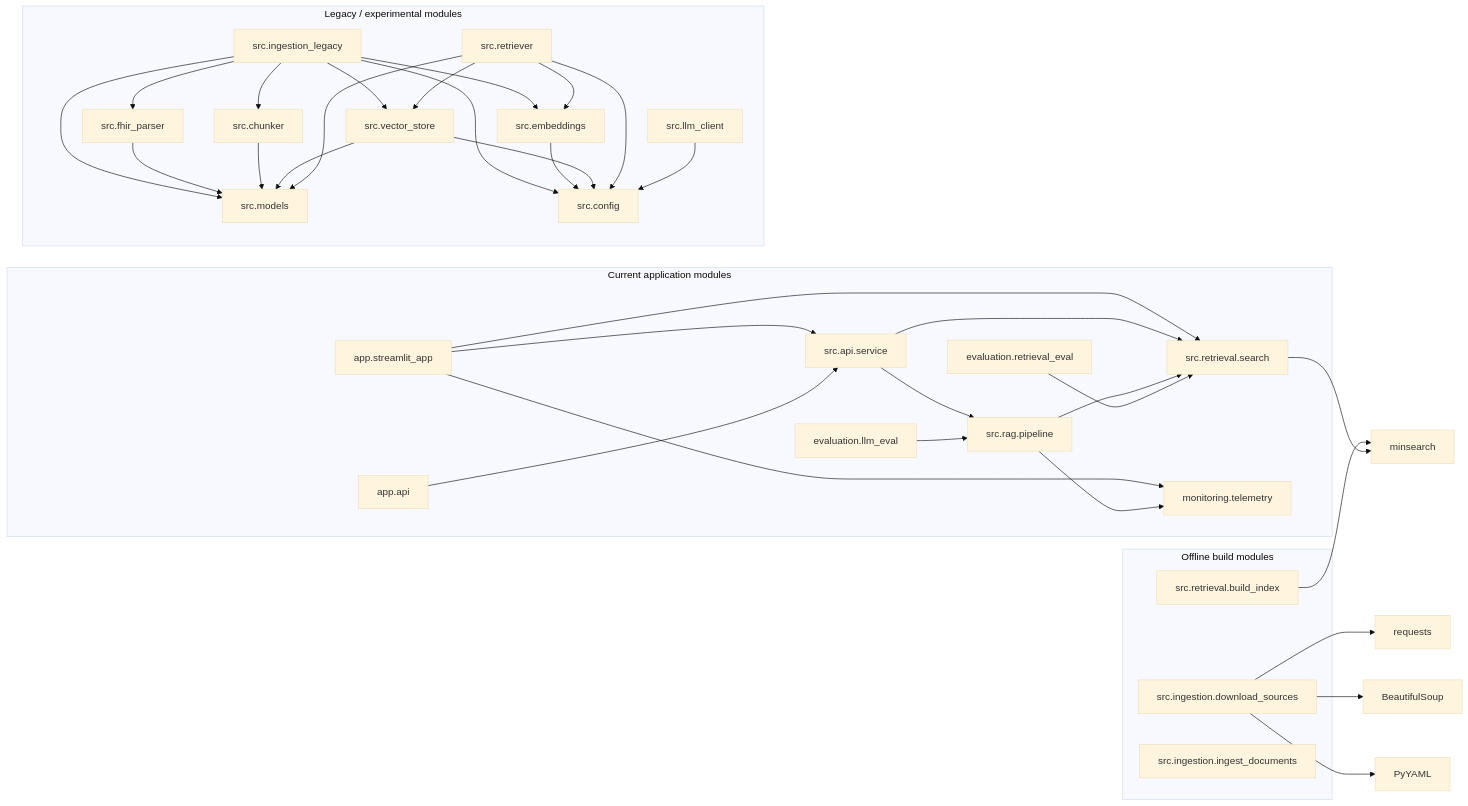
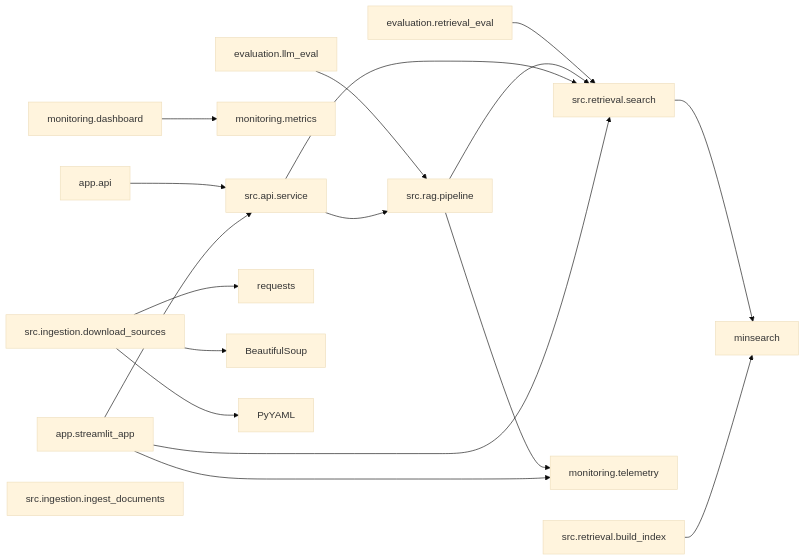
One commit to AI-Precision-Medicine-Zoomcamp/precision-oncology-data-architect-assistant changed the second of 4 diagrams in docs/architecture.md. Above: the diagram before and after it, drawn with Mermaid (base theme). The commit also changed other lines of this file and 18 other files, not shown here.

````diff
--- a/docs/architecture.md
+++ b/docs/architecture.md
@@ -125,21 +98,13 @@
     RAG[src.rag.pipeline]
     Search[src.retrieval.search]
     Telemetry[monitoring.telemetry]
+    Dashboard[monitoring.dashboard]
+    Metrics[monitoring.metrics]
     Build[src.retrieval.build_index]
     Download[src.ingestion.download_sources]
     Ingest[src.ingestion.ingest_documents]
     RetEval[evaluation.retrieval_eval]
     LLMEval[evaluation.llm_eval]
-
-    LegacyIngest[src.ingestion_legacy]
-    Parser[src.fhir_parser]
-    DocChunker[src.chunker]
-    Models[src.models]
-    Embed[src.embeddings]
-    Store[src.vector_store]
-    Retriever[src.retriever]
-    Config[src.config]
-    LLMClient[src.llm_client]
 
     Streamlit --> Service
     Streamlit --> Search
@@ -149,58 +114,12 @@
     Service --> Search
     RAG --> Search
     RAG --> Telemetry
+    Dashboard --> Metrics
     RetEval --> Search
     LLMEval --> RAG
-
     Build --> Minsearch[minsearch]
     Search --> Minsearch
     Download --> Requests[requests]
     Download --> BS4[BeautifulSoup]
     Download --> YAML[PyYAML]
-
-    LegacyIngest --> Parser
-    LegacyIngest --> DocChunker
-    LegacyIngest --> Embed
-    LegacyIngest --> Store
-    LegacyIngest --> Models
-    LegacyIngest --> Config
-    Parser --> Models
-    DocChunker --> Models
-    Embed --> Config
-    Store --> Config
-    Store --> Models
-    Retriever --> Embed
-    Retriever --> Store
-    Retriever --> Models
-    Retriever --> Config
-    LLMClient --> Config
-
-    subgraph Current["Current application modules"]
-        Streamlit
-        API
-        Service
-        RAG
-        Search
-        Telemetry
-        RetEval
-        LLMEval
-    end
-
-    subgraph Offline["Offline build modules"]
-        Download
-        Ingest
-        Build
-    end
-
-    subgraph Experimental["Legacy / experimental modules"]
-        LegacyIngest
-        Parser
-        DocChunker
-        Models
-        Embed
-        Store
-        Retriever
-        Config
-        LLMClient
-    end
 ```
````
